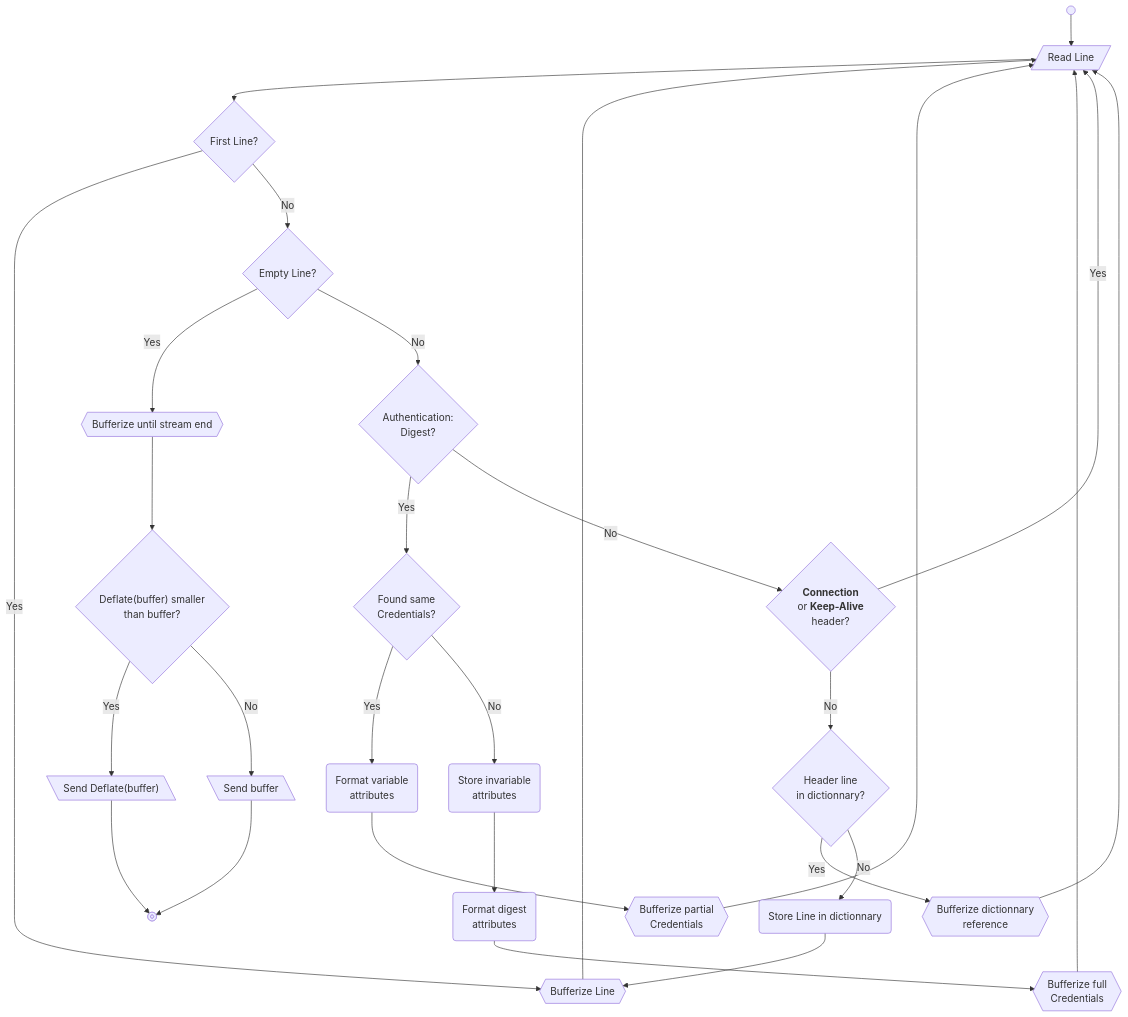
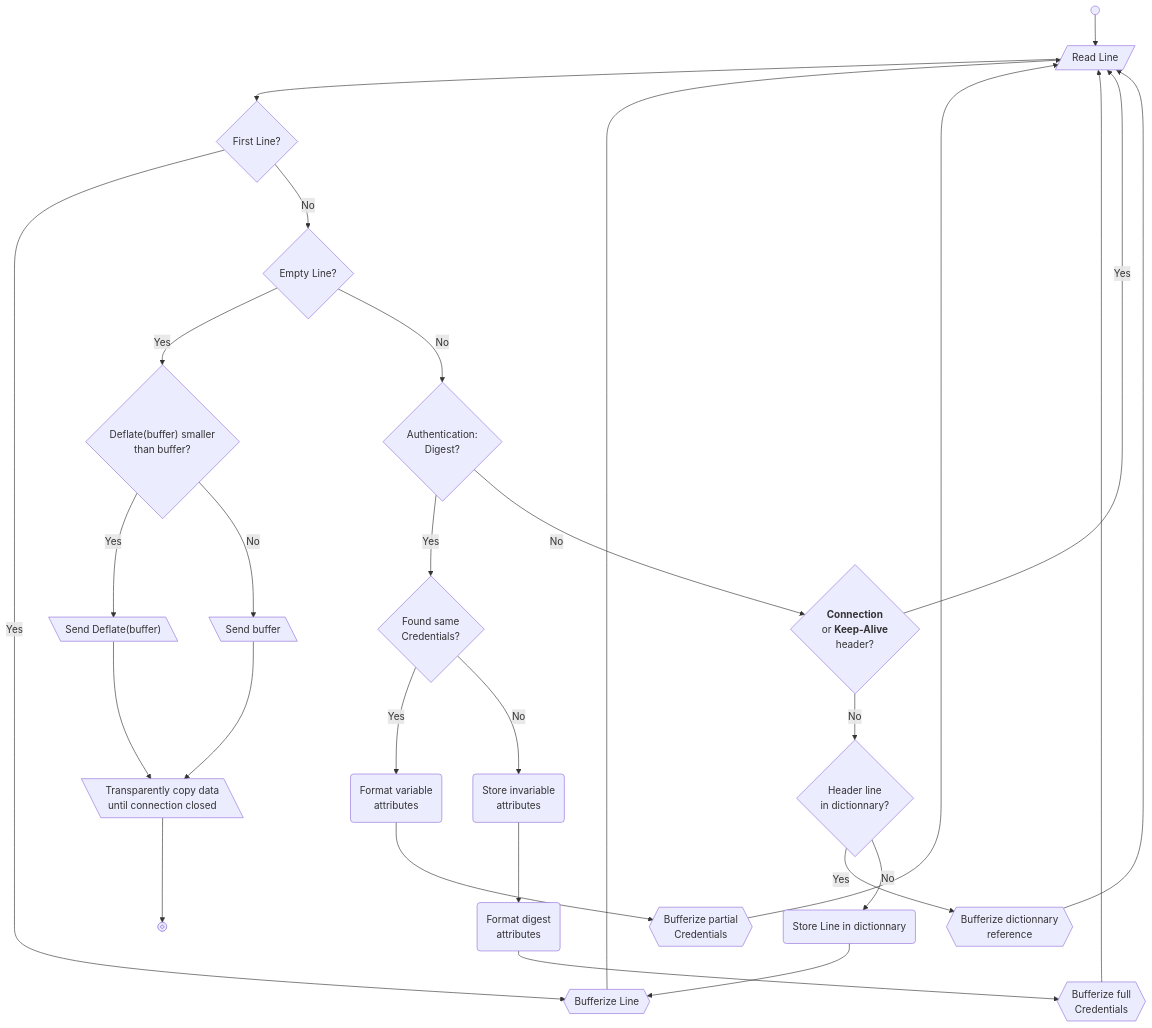
Before and after one commit to dscp46/sockspeppet: the diagram in doc/http_hdr.md, drawn with Mermaid. The commit also changed other lines of this file, not shown here.

````diff
--- a/doc/http_hdr.md
+++ b/doc/http_hdr.md
@@ -8,57 +15,57 @@
 ```mermaid
 flowchart TD
     Init@{ shape: sm-circ, label: "Init" }
     ReadL@{ shape: lean-r, label: "Read Line" }
     DFirstLine@{ shape: diamond, label: "First Line?" }
     DEmpty@{ shape: diamond, label: "Empty Line?" }
     DAuthD@{ shape: diamond, label: "Authentication:<br />Digest?" }
     DAuthDC@{ shape: diamond, label: "Found same<br>Credentials?" }
     DProhibHdr@{ shape: diamond, label: "<b>Connection</b><br>or <b>Keep-Alive</b><br>header?"}
     DDicLine@{ shape: diamond, label: "Header line<br>in dictionnary?" }
     DDeflateBuf@{ shape: diamond, label: "Deflate(buffer) smaller<br>than buffer?" }
-    Copy@{ shape: hex, label: "Bufferize until stream end" } 
+    Copy@{ shape: lean-l, label: "Transparently copy data<br> until connection closed" } 
     TxLine@{ shape: hex, label: "Bufferize Line" } 
     TxRef@{ shape: hex, label: "Bufferize dictionnary<br>reference" }
     TxFCred@{ shape: hex, label: "Bufferize full<br>Credentials" } 
     TxPCred@{ shape: hex, label: "Bufferize partial<br>Credentials" }
     Tx@{ shape: lean-l, label: "Send buffer" }
     TxDeflate@{ shape: lean-l, label: "Send Deflate(buffer)" }
     End@{ shape: framed-circle, label: "End" }
 
     Init --> ReadL
     ReadL --> DFirstLine
     DFirstLine -->|Yes| TxLine
     DFirstLine -->|No| DEmpty
 
-    DEmpty -->|Yes| Copy
+    DEmpty -->|Yes| DDeflateBuf
     DEmpty -->|No| DAuthD
 
     DAuthD -->|Yes| DAuthDC
     DAuthD -->|No| DProhibHdr
 
     DProhibHdr -->|Yes| ReadL
     DProhibHdr -->|No| DDicLine
 
     DAuthDC -->|Yes| FmtCred(Format variable<br>attributes)
     DAuthDC -->|No| StoreDCred(Store invariable<br>attributes)
     FmtCred --> TxPCred
     StoreDCred --> FormatDC(Format digest<br>attributes)
     FormatDC --> TxFCred
     TxFCred --> ReadL
     TxPCred --> ReadL
 
     DDicLine -->|Yes| TxRef
     DDicLine -->|No| StoreLine(Store Line in dictionnary)
 
     StoreLine --> TxLine
     TxLine --> ReadL
     
     TxRef --> ReadL
-    Copy --> DDeflateBuf
 
     DDeflateBuf -->|Yes| TxDeflate
     DDeflateBuf -->|No| Tx
 
-    Tx --> End
-    TxDeflate --> End
+    Tx --> Copy
+    TxDeflate --> Copy
+    Copy --> End
 ```
````
